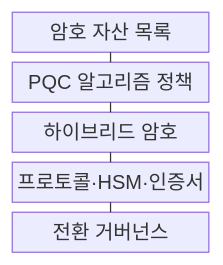
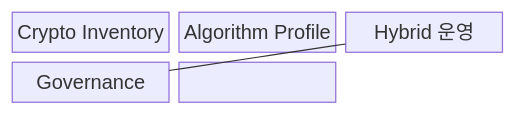
Before and after one commit to agnusdei1207/knowledge-base: the first of 2 diagrams in src/content/docs/notes/08-latest-tech/216_post_quantum_cryptography.md, drawn with Mermaid. The commit also changed other lines of this file and 228 other files, not shown here.

````diff
--- a/src/content/docs/notes/08-latest-tech/216_post_quantum_cryptography.md
+++ b/src/content/docs/notes/08-latest-tech/216_post_quantum_cryptography.md
@@ -51,13 +50,10 @@
 ```mermaid
 block-beta
-  columns 1
-  inventory["암호 자산 목록"]
-  profile["PQC 알고리즘 정책"]
-  hybrid["하이브리드 암호"]
-  integration["프로토콜·HSM·인증서"]
-  governance["전환 거버넌스"]
-  inventory --- profile
-  profile --- hybrid
-  hybrid --- integration
-  integration --- governance
+  columns 3
+  N0["Crypto Inventory"]
+  N1["Algorithm Profile"]
+  N2["Hybrid 운영"]
+  N3["Governance"]
+  N0 --- N1 --- N2
+  N2 --- N3
 ```
````
